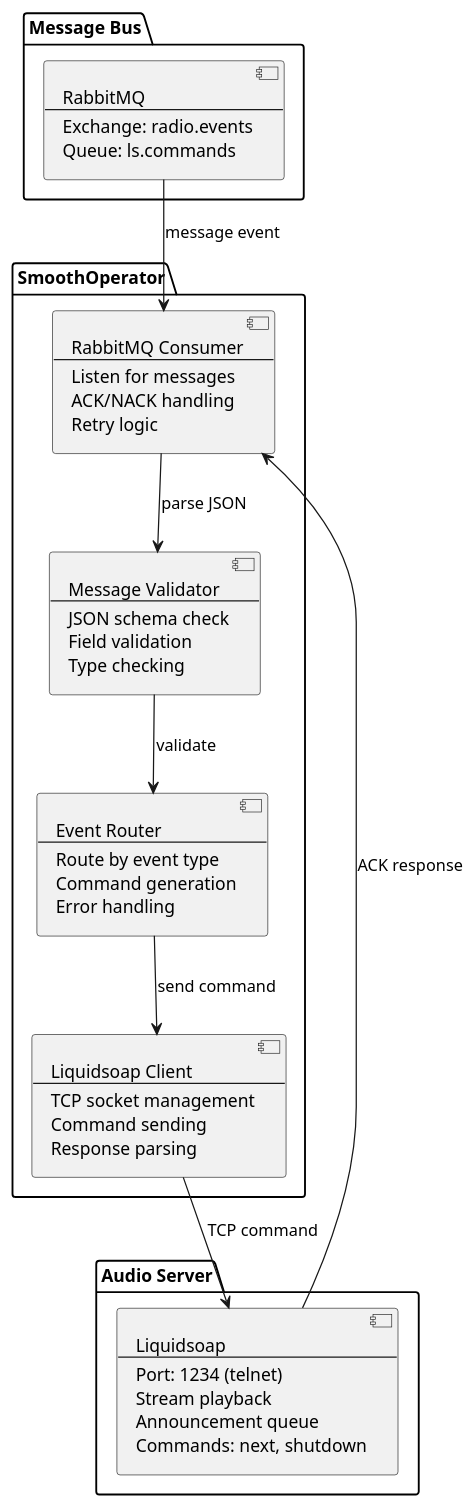
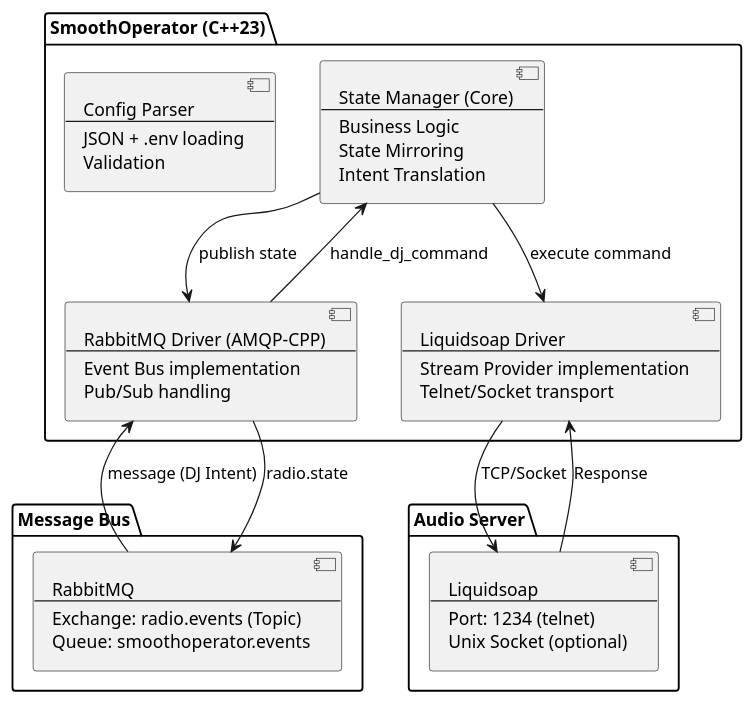
Before and after one commit to intelliurb-lab/smoothoperator: the diagram in ARCHITECTURE.md, drawn with PlantUML. The commit also changed other lines of this file and 35 other files, not shown here.

````diff
--- a/ARCHITECTURE.md
+++ b/ARCHITECTURE.md
@@ -7,66 +7,61 @@
 ```plantuml
 @startuml System Overview
 
 package "Message Bus" {
   component RabbitMQ [
     RabbitMQ
     ----
-    Exchange: radio.events
-    Queue: ls.commands
+    Exchange: radio.events (Topic)
+    Queue: smoothoperator.events
   ]
 }
 
-package "SmoothOperator" {
-  component Consumer [
-    RabbitMQ Consumer
+package "SmoothOperator (C++23)" {
+  component StateManager [
+    State Manager (Core)
     ----
-    Listen for messages
-    ACK/NACK handling
-    Retry logic
+    Business Logic
+    State Mirroring
+    Intent Translation
   ]
   
-  component Validator [
-    Message Validator
+  component ConfigParser [
+    Config Parser
     ----
-    JSON schema check
-    Field validation
-    Type checking
+    JSON + .env loading
+    Validation
   ]
   
-  component Router [
-    Event Router
+  component RabbitMQDriver [
+    RabbitMQ Driver (AMQP-CPP)
     ----
-    Route by event type
-    Command generation
-    Error handling
+    Event Bus implementation
+    Pub/Sub handling
   ]
   
-  component Client [
-    Liquidsoap Client
+  component LiquidsoapDriver [
+    Liquidsoap Driver
     ----
-    TCP socket management
-    Command sending
-    Response parsing
+    Stream Provider implementation
+    Telnet/Socket transport
   ]
 }
 
 package "Audio Server" {
   component Liquidsoap [
     Liquidsoap
     ----
     Port: 1234 (telnet)
-    Stream playback
-    Announcement queue
-    Commands: next, shutdown
+    Unix Socket (optional)
   ]
 }
 
-RabbitMQ --> Consumer: message event
-Consumer --> Validator: parse JSON
-Validator --> Router: validate
-Router --> Client: send command
-Client --> Liquidsoap: TCP command
-Liquidsoap --> Consumer: ACK response
-
+RabbitMQ --> RabbitMQDriver: message (DJ Intent)
+RabbitMQDriver --> StateManager: handle_dj_command
+StateManager --> LiquidsoapDriver: execute command
+LiquidsoapDriver --> Liquidsoap: TCP/Socket
+Liquidsoap --> LiquidsoapDriver: Response
+StateManager --> RabbitMQDriver: publish state
+RabbitMQDriver --> RabbitMQ: radio.state
 @enduml
 ```
````
